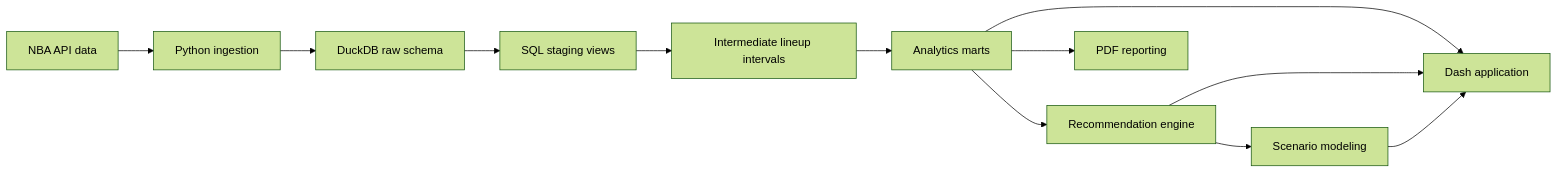
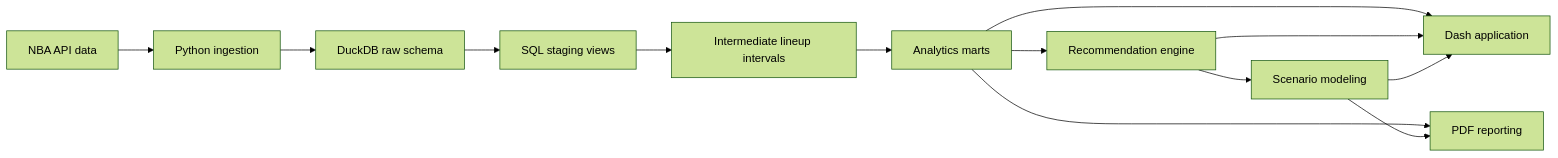
The diagram in nba_rotation_lab/README.md (glederer04/NBA_Samples), drawn with Mermaid (forest theme) before and after one commit. The commit also changed other lines of this file and 8 other files, not shown here.

````diff
--- a/nba_rotation_lab/README.md
+++ b/nba_rotation_lab/README.md
@@ -86,14 +87,15 @@
 ```mermaid
 flowchart LR
     A["NBA API data"] --> B["Python ingestion"]
     B --> C["DuckDB raw schema"]
     C --> D["SQL staging views"]
     D --> E["Intermediate lineup intervals"]
     E --> F["Analytics marts"]
     F --> G["Recommendation engine"]
     F --> H["Dash application"]
     G --> H
     F --> I["PDF reporting"]
     G --> J["Scenario modeling"]
     J --> H
+    J --> I
 ```
````
